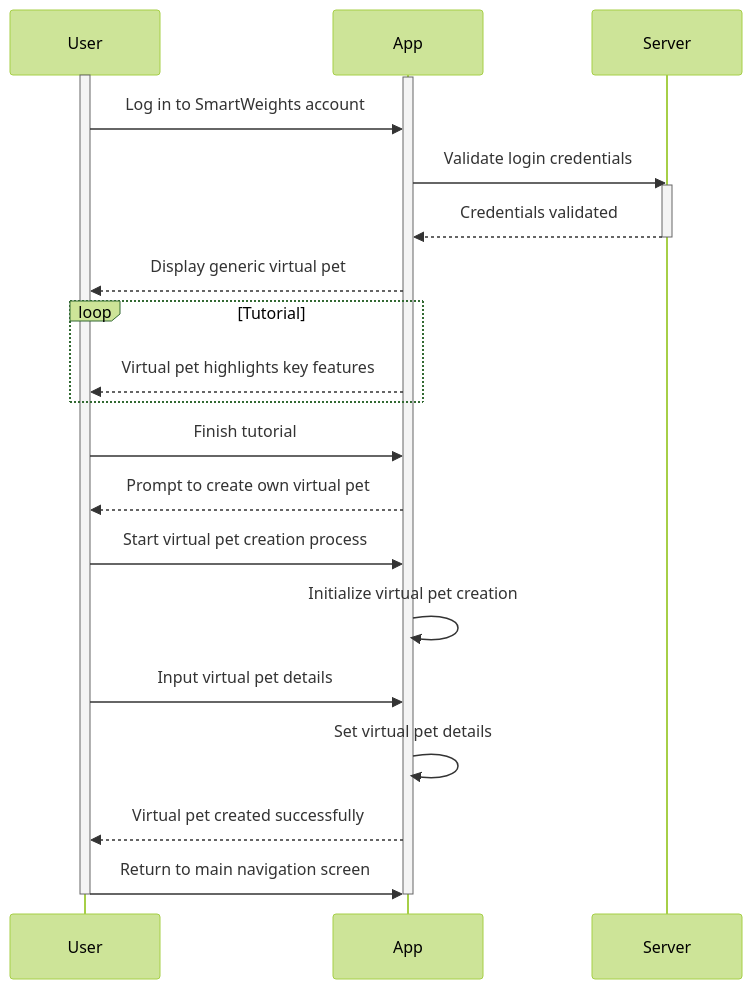
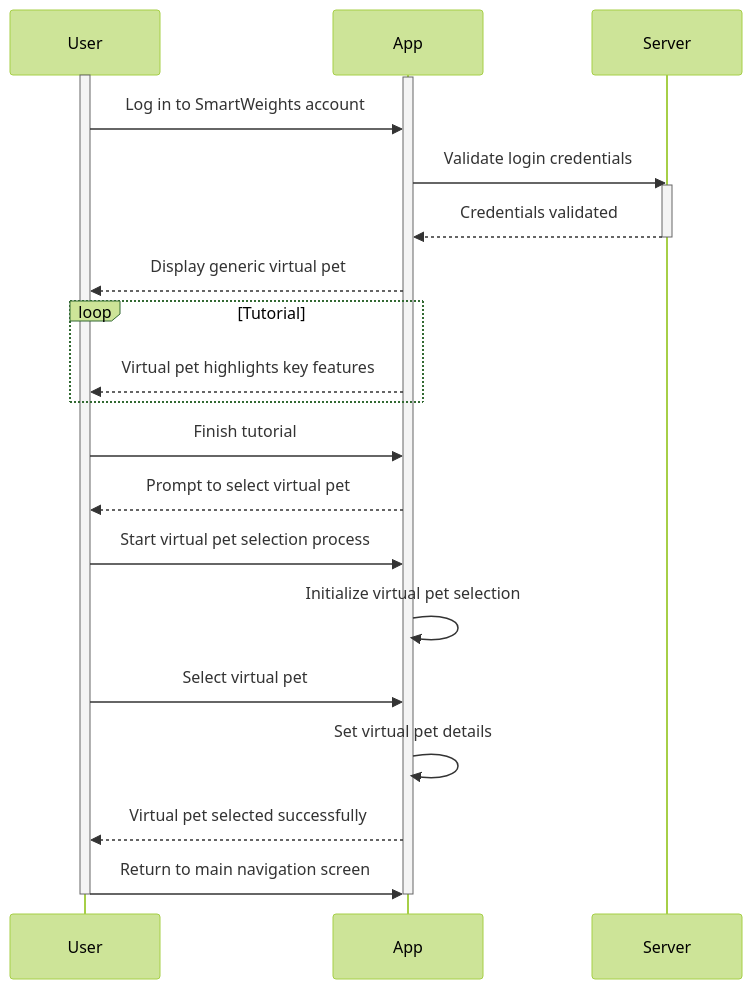
The second of 14 diagrams in documentation/docs/system-architecture/sequence-diagrams.md (Capstone-Projects-2024-Spring/project-smartweights), drawn with Mermaid (forest theme) before and after one commit. The commit also changed other lines of this file and 1 other file, not shown here.

Commit message:
fixed use case 2

````diff
--- a/documentation/docs/system-architecture/sequence-diagrams.md
+++ b/documentation/docs/system-architecture/sequence-diagrams.md
@@ -51,31 +51,31 @@
 ```mermaid 
 sequenceDiagram
     participant User
     participant App
     participant Server
     activate User
     activate App
 
     User->>App: Log in to SmartWeights account
     App->>Server: Validate login credentials
     activate Server
     Server-->>App: Credentials validated
     deactivate Server
     App-->>User: Display generic virtual pet
     loop Tutorial
         App-->>User: Virtual pet highlights key features
     end
     User->>App: Finish tutorial
 
-    App-->>User: Prompt to create own virtual pet
-    User->>App: Start virtual pet creation process
-    App->>App: Initialize virtual pet creation
-    User->>App: Input virtual pet details
+    App-->>User: Prompt to select virtual pet
+    User->>App: Start virtual pet selection process
+    App->>App: Initialize virtual pet selection
+    User->>App: Select virtual pet
     App->>App: Set virtual pet details
-    App-->>User: Virtual pet created successfully
+    App-->>User: Virtual pet selected successfully
     User->>App: Return to main navigation screen
 
     deactivate User
     deactivate App
 
 ```
````
